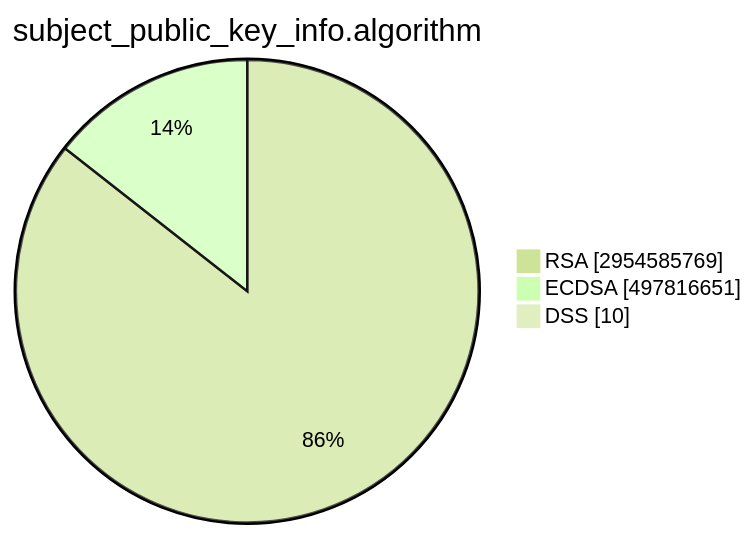
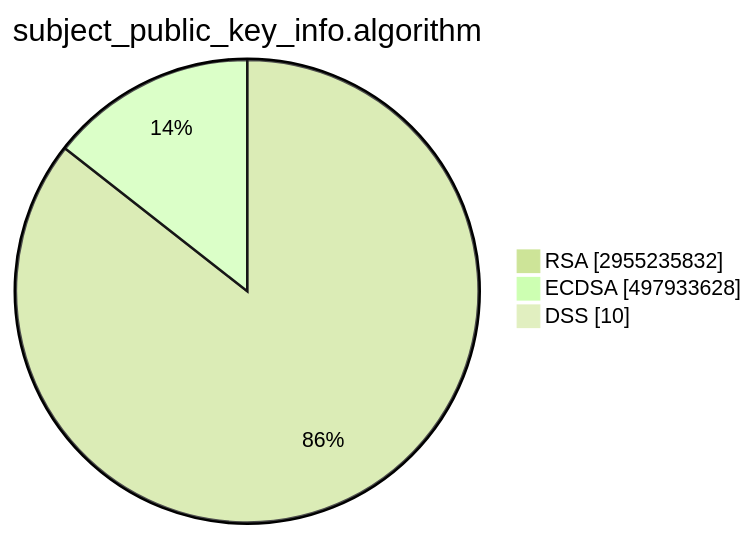
Before and after one commit to christiankrug/ctmonitor_visualization: the second of 15 diagrams in TOTAL/README.md, drawn with Mermaid (forest theme). The commit also changed other lines of this file, not shown here.

````diff
--- a/TOTAL/README.md
+++ b/TOTAL/README.md
@@ -6,7 +6,7 @@
 ```mermaid
 pie showData
 title subject_public_key_info.algorithm
-"RSA" :2954585769
-"ECDSA" :497816651
+"RSA" :2955235832
+"ECDSA" :497933628
 "DSS" :10
 ```
````
